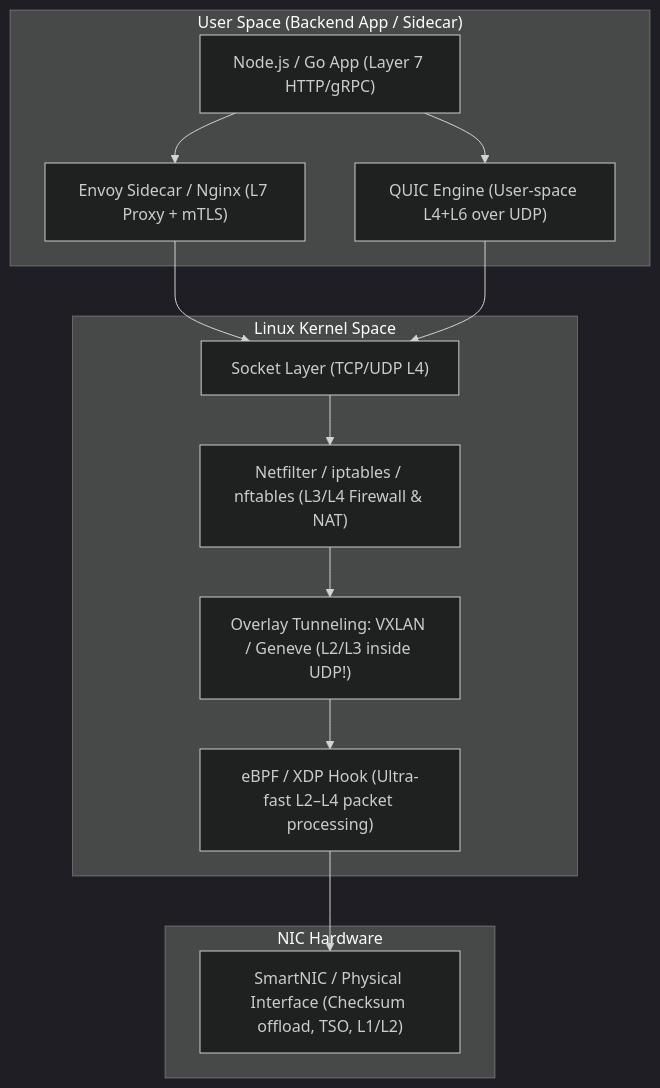
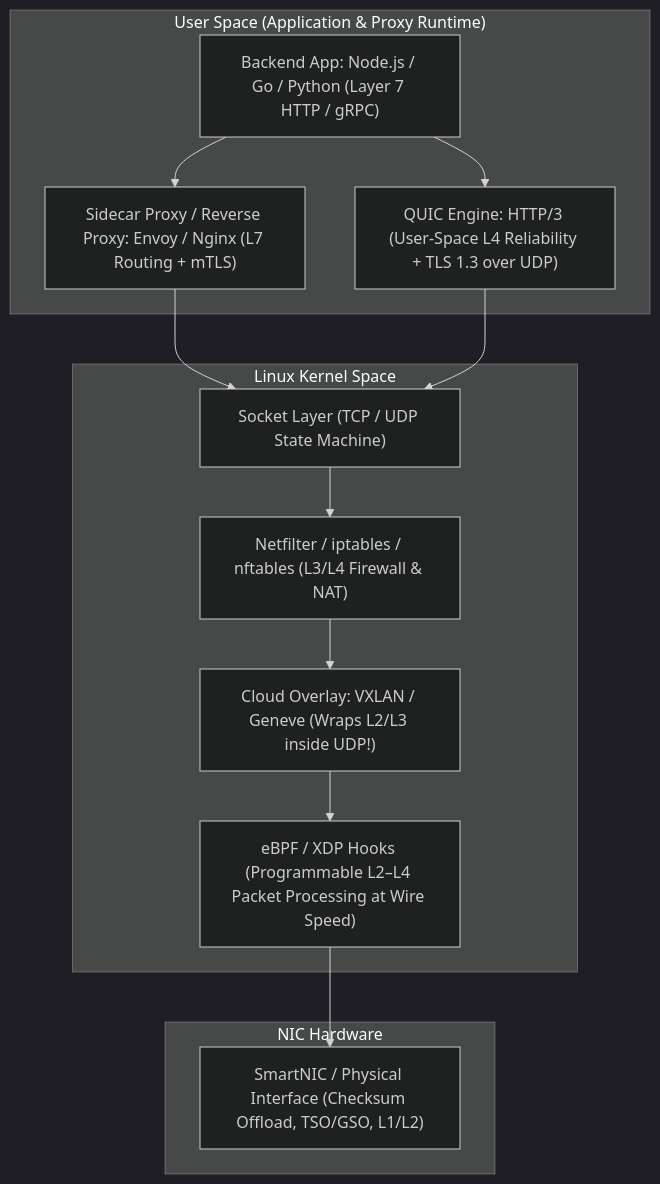
One commit to Patel-Neel-346/Notes changed the fifth of 5 diagrams in Backend-engineering/3-Protocol/2-OSI-Model/1-OSI-Model.md. Above: the diagram before and after it, drawn with Mermaid (dark theme). The commit also changed other lines of this file, not shown here.

````diff
--- a/Backend-engineering/3-Protocol/2-OSI-Model/1-OSI-Model.md
+++ b/Backend-engineering/3-Protocol/2-OSI-Model/1-OSI-Model.md
@@ -445,20 +631,20 @@
 ```mermaid
 flowchart TD
-    subgraph US["User Space (Backend App / Sidecar)"]
-        APP["Node.js / Go App (Layer 7 HTTP/gRPC)"]
-        ENVOY["Envoy Sidecar / Nginx (L7 Proxy + mTLS)"]
-        QUIC["QUIC Engine (User-space L4+L6 over UDP)"]
+    subgraph US["User Space (Application & Proxy Runtime)"]
+        APP["Backend App: Node.js / Go / Python (Layer 7 HTTP / gRPC)"]
+        ENVOY["Sidecar Proxy / Reverse Proxy: Envoy / Nginx (L7 Routing + mTLS)"]
+        QUIC["QUIC Engine: HTTP/3 (User-Space L4 Reliability + TLS 1.3 over UDP)"]
     end
     subgraph KS["Linux Kernel Space"]
-        SOCK["Socket Layer (TCP/UDP L4)"]
+        SOCK["Socket Layer (TCP / UDP State Machine)"]
         NETF["Netfilter / iptables / nftables (L3/L4 Firewall & NAT)"]
-        VXLAN["Overlay Tunneling: VXLAN / Geneve (L2/L3 inside UDP!)"]
-        EBPF["eBPF / XDP Hook (Ultra-fast L2–L4 packet processing)"]
+        VXLAN["Cloud Overlay: VXLAN / Geneve (Wraps L2/L3 inside UDP!)"]
+        EBPF["eBPF / XDP Hooks (Programmable L2–L4 Packet Processing at Wire Speed)"]
     end
     subgraph HW["NIC Hardware"]
-        NIC["SmartNIC / Physical Interface (Checksum offload, TSO, L1/L2)"]
+        NIC["SmartNIC / Physical Interface (Checksum Offload, TSO/GSO, L1/L2)"]
     end
 
     APP --> ENVOY --> SOCK --> NETF --> VXLAN --> EBPF --> NIC
     APP --> QUIC --> SOCK
 ```
````
